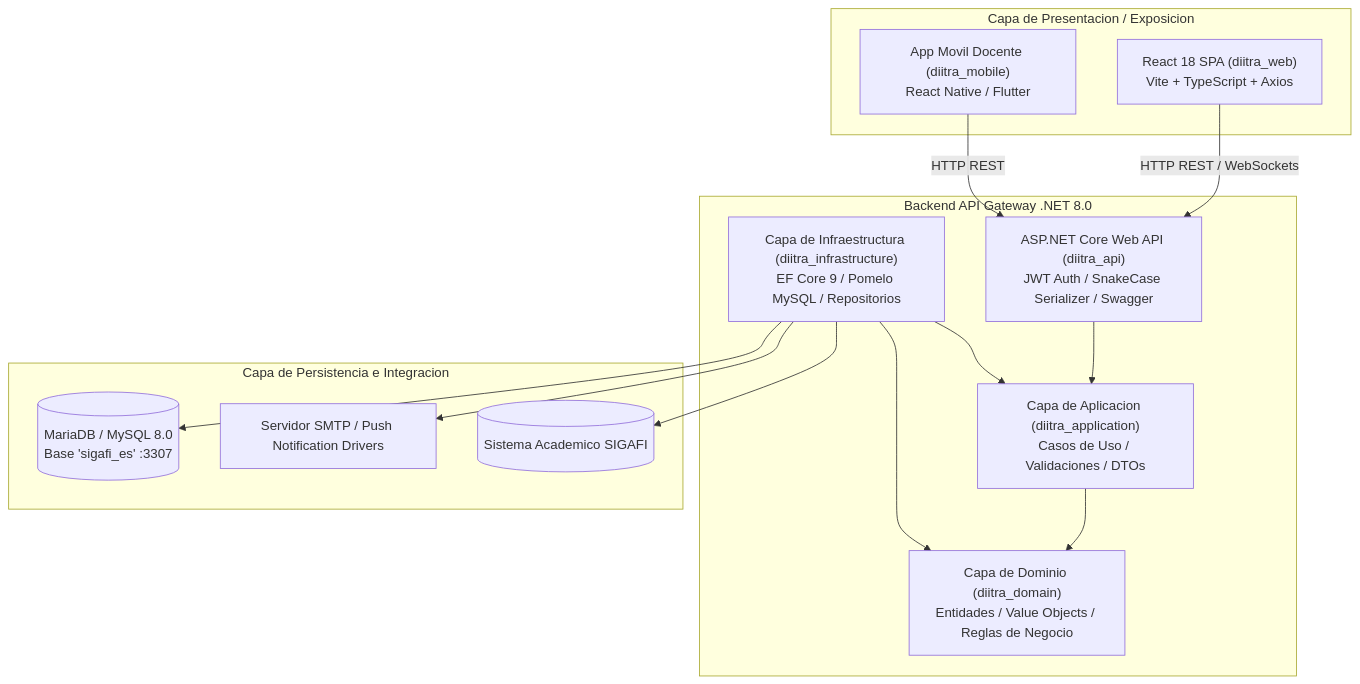
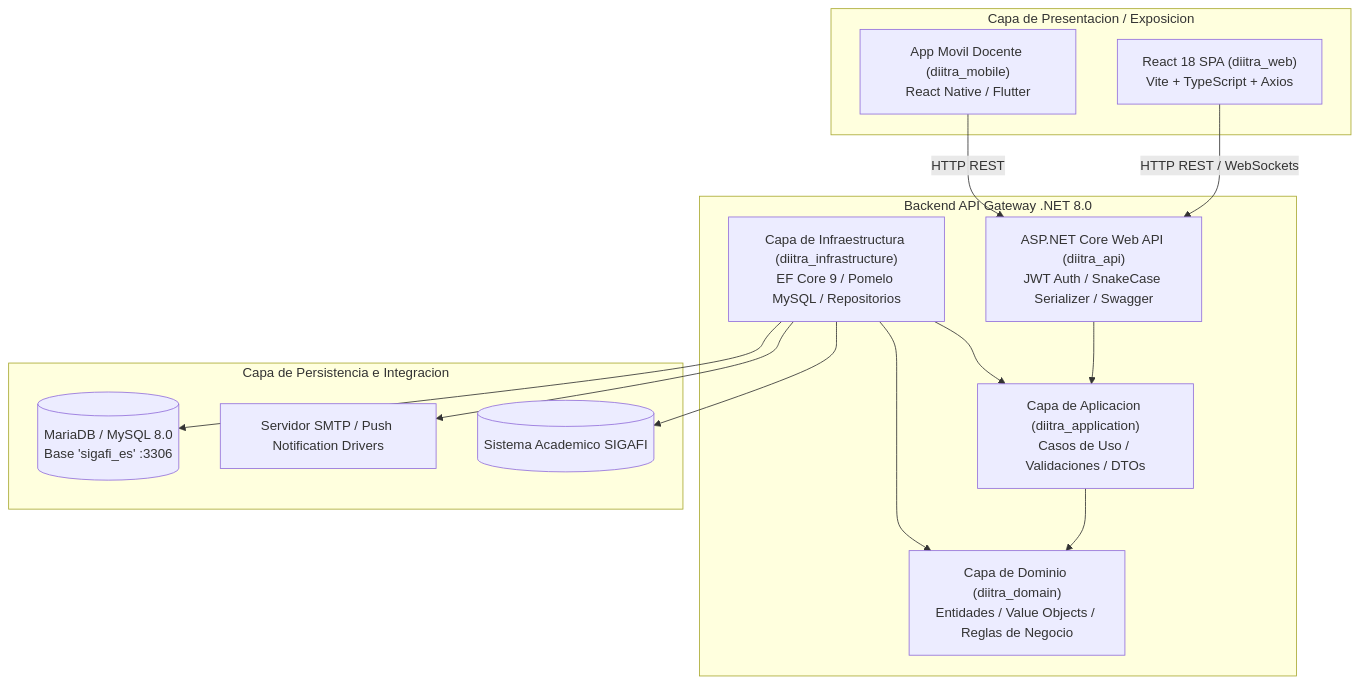
Before and after one commit to JorgeDoicela/diitra: the first of 3 diagrams in docs/documentacion/01-arquitectura/01-macro-arquitectura-clean-arch.md, drawn with Mermaid. The commit also changed other lines of this file and 16 other files, not shown here.

````diff
--- a/docs/documentacion/01-arquitectura/01-macro-arquitectura-clean-arch.md
+++ b/docs/documentacion/01-arquitectura/01-macro-arquitectura-clean-arch.md
@@ -15,32 +15,32 @@
 ```mermaid
 graph TD
     subgraph CapaPresentacion [Capa de Presentacion / Exposicion]
         WebClient["React 18 SPA (diitra_web)\nVite + TypeScript + Axios"]
         MobileClient["App Movil Docente (diitra_mobile)\nReact Native / Flutter"]
     end
 
     subgraph CapaBackend [Backend API Gateway .NET 8.0]
         APIGateway["ASP.NET Core Web API (diitra_api)\nJWT Auth / SnakeCase Serializer / Swagger"]
         AppCore["Capa de Aplicacion (diitra_application)\nCasos de Uso / Validaciones / DTOs"]
         DomainCore["Capa de Dominio (diitra_domain)\nEntidades / Value Objects / Reglas de Negocio"]
         InfraCore["Capa de Infraestructura (diitra_infrastructure)\nEF Core 9 / Pomelo MySQL / Repositorios"]
     end
 
     subgraph CapaPersistencia [Capa de Persistencia e Integracion]
-        MySQLDB[(MariaDB / MySQL 8.0\nBase 'sigafi_es' :3307)]
+        MySQLDB[(MariaDB / MySQL 8.0\nBase 'sigafi_es' :3306)]
         MailSMTP["Servidor SMTP / Push Notification Drivers"]
         ExternalSIGAFI[("Sistema Academico SIGAFI")]
     end
 
     WebClient -->|HTTP REST / WebSockets| APIGateway
     MobileClient -->|HTTP REST| APIGateway
 
     APIGateway --> AppCore
     AppCore --> DomainCore
     InfraCore --> DomainCore
     InfraCore --> AppCore
 
     InfraCore --> MySQLDB
     InfraCore --> MailSMTP
     InfraCore --> ExternalSIGAFI
 ```
````
